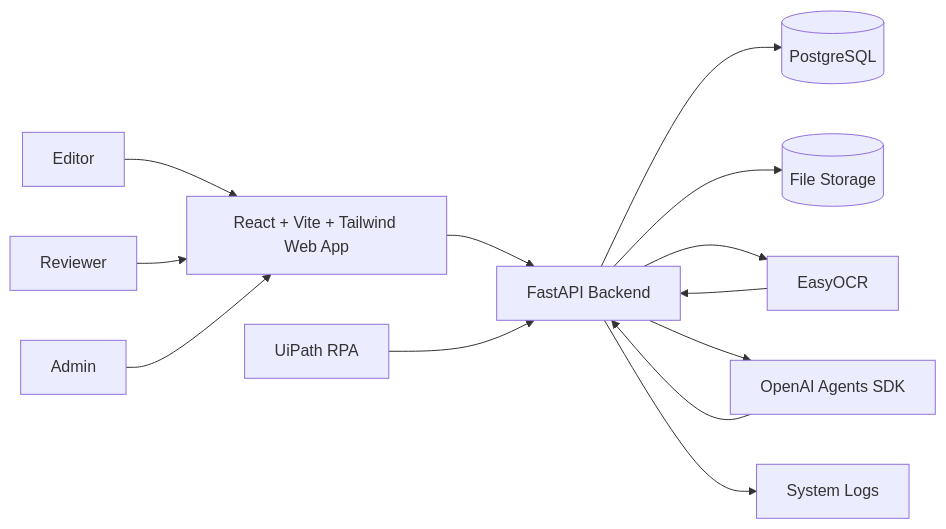
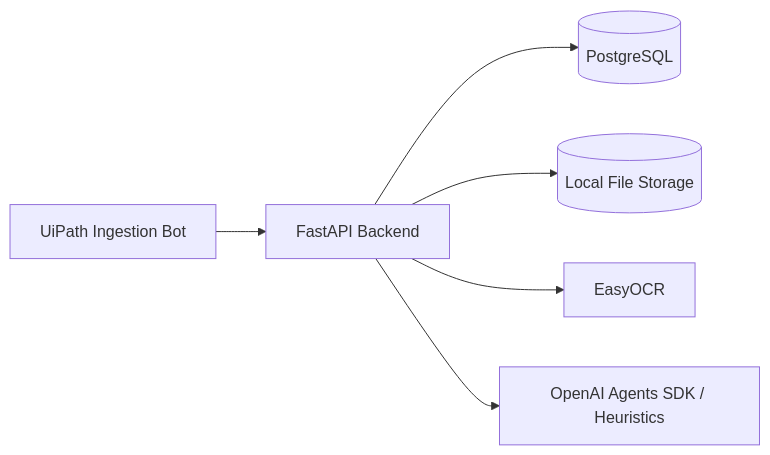
One commit to zhengyu89/dhl-kb-automation changed the first of 2 diagrams in docs/system_design.md. Above: the diagram before and after it, drawn with Mermaid. The commit also changed other lines of this file and 2 other files, not shown here.

Commit message:
Refactor UiPath setup guide to align with current DHL Knowledge Base Automation implementation. Streamline roles and responsibilities, clarify workflow steps, and update configuration details. Remove outdated sections and enhance clarity on backend interactions and error handling.

````diff
--- a/docs/system_design.md
+++ b/docs/system_design.md
@@ -88,18 +52,8 @@
 ```mermaid
 flowchart LR
-    Editor[Editor] --> Frontend[React + Vite + Tailwind Web App]
-    Reviewer[Reviewer] --> Frontend
-    Admin[Admin] --> Frontend
-
-    Frontend --> API[FastAPI Backend]
-    UiPath[UiPath RPA] --> API
-
+    UiPath[UiPath Ingestion Bot] --> API[FastAPI Backend]
     API --> DB[(PostgreSQL)]
-    API --> Storage[(File Storage)]
+    API --> Storage[(Local File Storage)]
     API --> OCR[EasyOCR]
-    API --> Agents[OpenAI Agents SDK]
-    API --> Logs[System Logs]
-
-    OCR --> API
-    Agents --> API
+    API --> AI[OpenAI Agents SDK / Heuristics]
 ```
````
